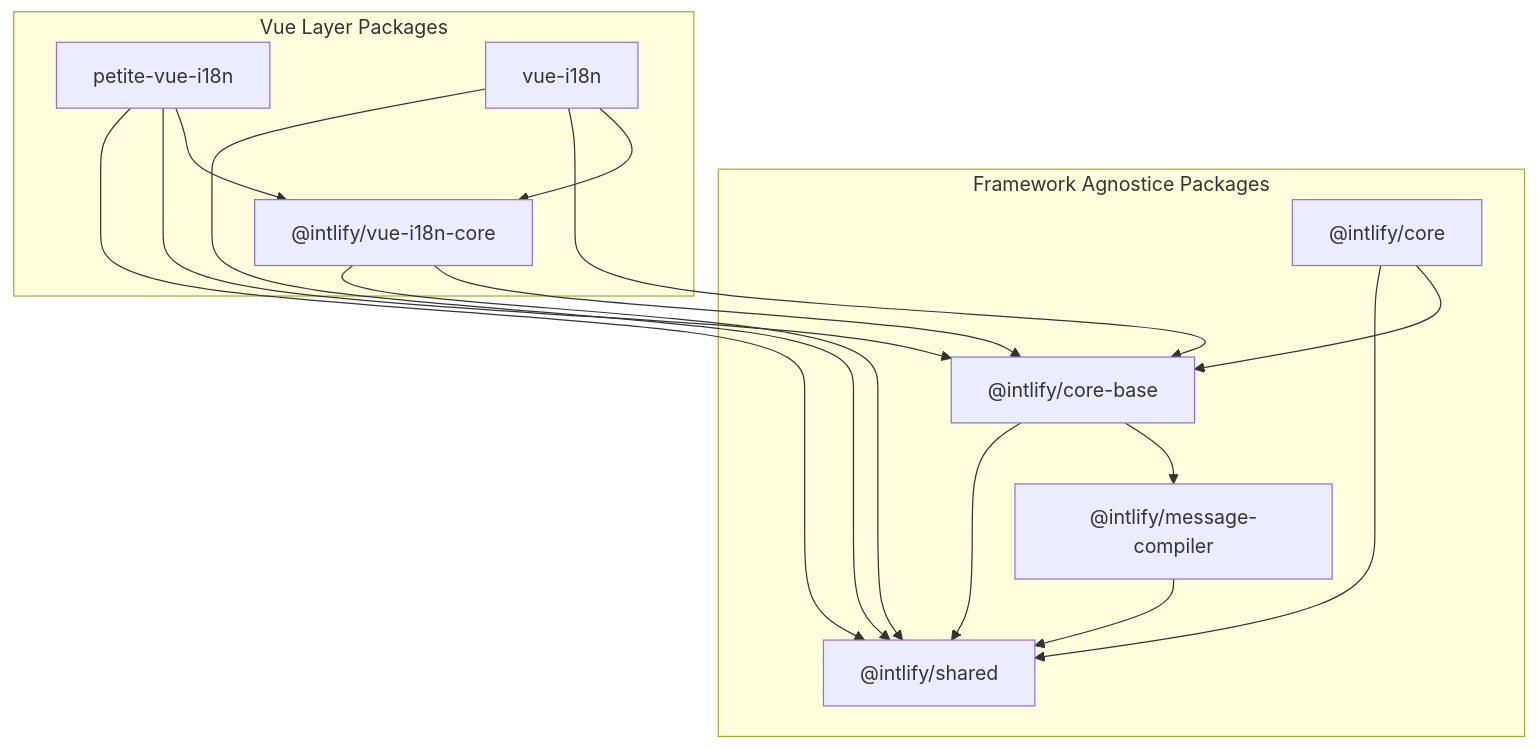
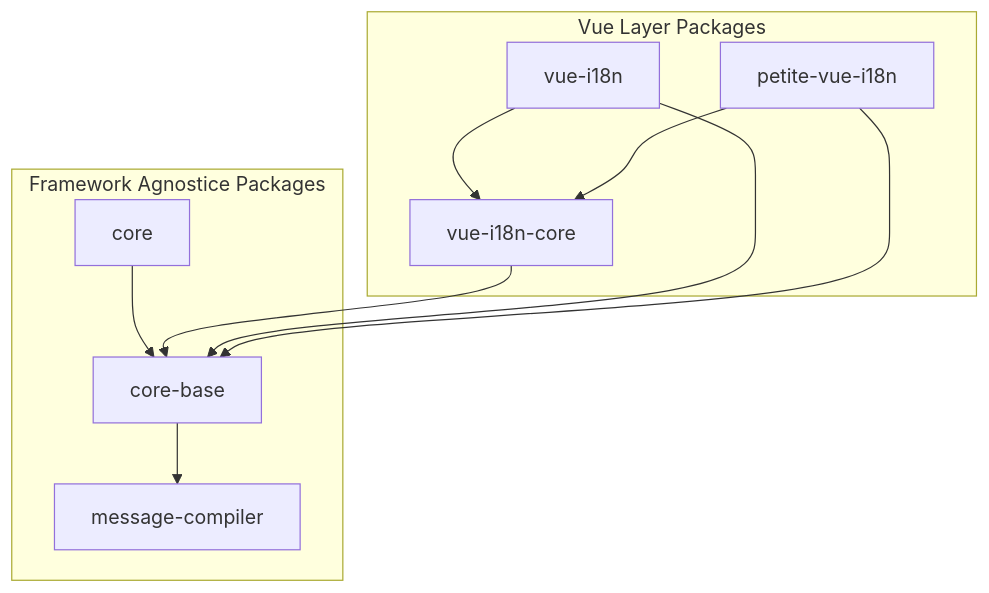
Before and after one commit to dev-arrow/vue-i18n: the diagram in .github/CONTRIBUTING.md, drawn with Mermaid. The commit also changed other lines of this file, not shown here.

Commit message:
docs: update contribution guide

````diff
--- a/.github/CONTRIBUTING.md
+++ b/.github/CONTRIBUTING.md
@@ -177,29 +177,22 @@
 ```mermaid
 flowchart TD
-  shared["@intlify/shared"]
-  message-compiler["@intlify/message-compiler"]
-  core-base["@intlify/core-base"]
-  core["@intlify/core"]
-  vue-i18n-core["@intlify/vue-i18n-core"]
-  petite-vue-i18n["petite-vue-i18n"]
-  vue-i18n["vue-i18n"]
+  message-compiler
+  core-base
+  core
+  vue-i18n-core
+  petite-vue-i18n
+  vue-i18n
 
   subgraph Framework Agnostice Packages
-    message-compiler --> shared
-    core-base --> shared
     core-base --> message-compiler
-    core --> shared
     core --> core-base
   end
 
   subgraph Vue Layer Packages
-    vue-i18n-core --> shared
     vue-i18n-core --> core-base
-    vue-i18n --> shared
     vue-i18n --> core-base
     vue-i18n --> vue-i18n-core
-    petite-vue-i18n --> shared
     petite-vue-i18n --> core-base
     petite-vue-i18n --> vue-i18n-core
   end
 ```
````
